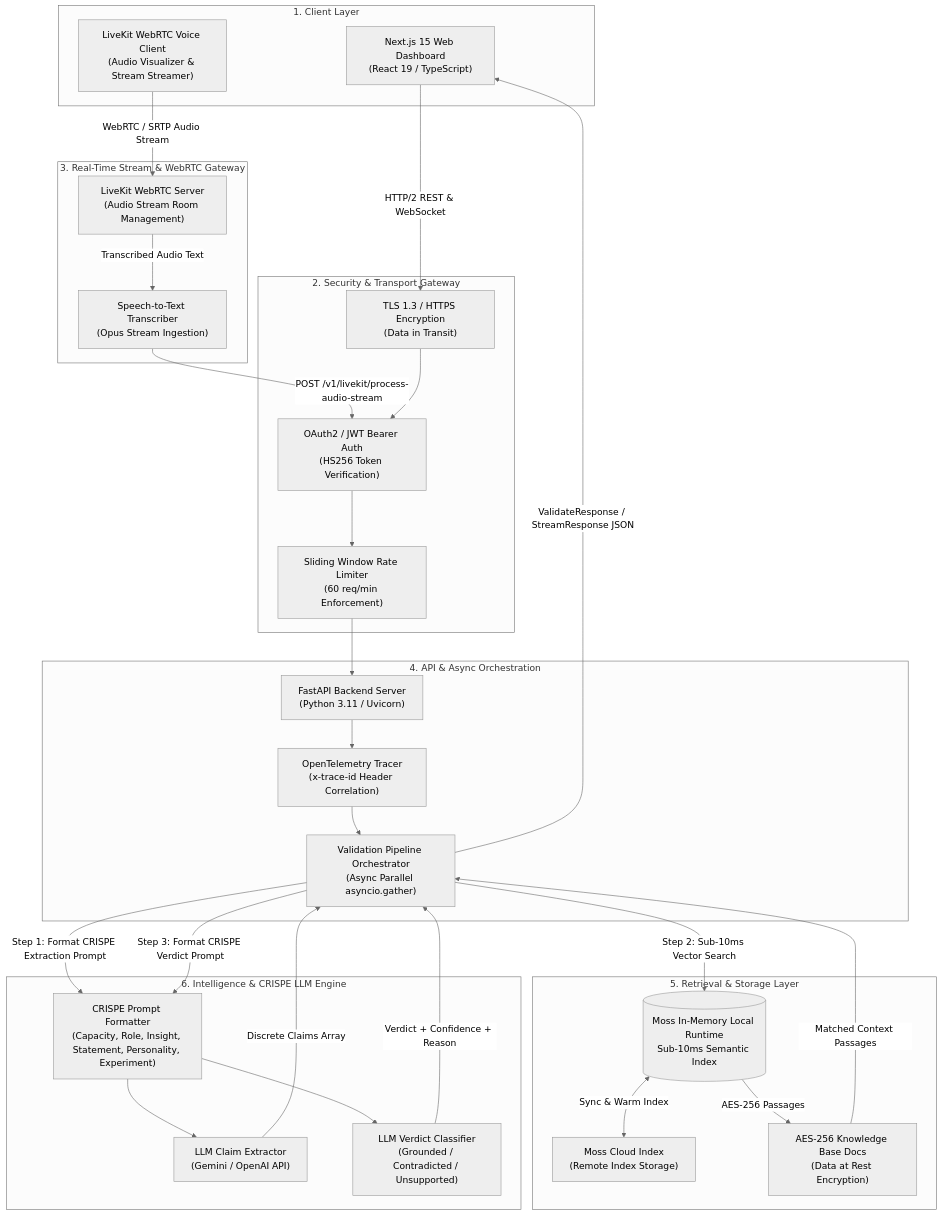
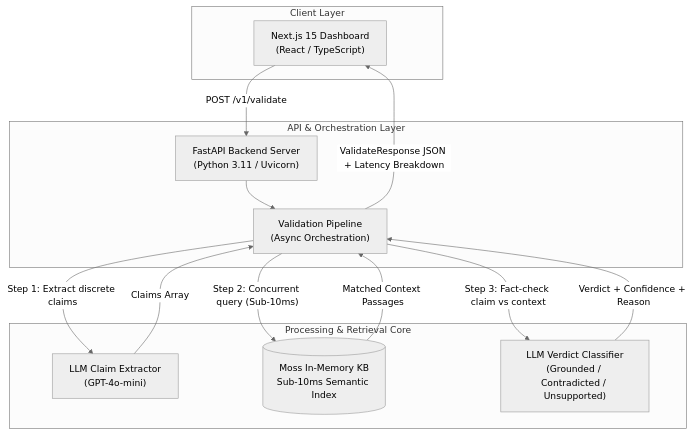
Before and after one commit to kmu2994/mossGuard: the diagram in README.md, drawn with Mermaid (neutral theme). The commit also changed other lines of this file and 3 other files, not shown here.

````diff
--- a/README.md
+++ b/README.md
@@ -30,62 +30,27 @@
 ```mermaid
 flowchart TD
-    subgraph Layer1 ["1. Client Layer"]
-        UI["Next.js 15 Web Dashboard<br/>(React 19 / TypeScript)"]
-        LiveKitVoiceUI["LiveKit WebRTC Voice Client<br/>(Audio Visualizer & Stream Streamer)"]
+    subgraph Client ["Client Layer"]
+        UI["Next.js 15 Dashboard<br/>(React / TypeScript)"]
     end
 
-    subgraph Layer2 ["2. Security & Transport Gateway"]
-        AuthMiddleware["OAuth2 / JWT Bearer Auth<br/>(HS256 Token Verification)"]
-        RateLimiter["Sliding Window Rate Limiter<br/>(60 req/min Enforcement)"]
-        TLS["TLS 1.3 / HTTPS Encryption<br/>(Data in Transit)"]
+    subgraph API ["API & Orchestration Layer"]
+        FastAPI["FastAPI Backend Server<br/>(Python 3.11 / Uvicorn)"]
+        Pipeline["Validation Pipeline<br/>(Async Orchestration)"]
     end
 
-    subgraph Layer3 ["3. Real-Time Stream & WebRTC Gateway"]
-        LiveKitServer["LiveKit WebRTC Server<br/>(Audio Stream Room Management)"]
-        VoiceSTT["Speech-to-Text Transcriber<br/>(Opus Stream Ingestion)"]
-    end
-
-    subgraph Layer4 ["4. API & Async Orchestration"]
-        FastAPI["FastAPI Backend Server<br/>(Python 3.11 / Uvicorn)"]
-        Pipeline["Validation Pipeline Orchestrator<br/>(Async Parallel asyncio.gather)"]
-        OTel["OpenTelemetry Tracer<br/>(x-trace-id Header Correlation)"]
-    end
-
-    subgraph Layer5 ["5. Retrieval & Storage Layer"]
-        MossCloud["Moss Cloud Index<br/>(Remote Index Storage)"]
-        MossRuntime[("Moss In-Memory Local Runtime<br/>Sub-10ms Semantic Index")]
-        KB_Docs["AES-256 Knowledge Base Docs<br/>(Data at Rest Encryption)"]
-    end
-
-    subgraph Layer6 ["6. Intelligence & CRISPE LLM Engine"]
-        CRISPE_Formatter["CRISPE Prompt Formatter<br/>(Capacity, Role, Insight, Statement, Personality, Experiment)"]
-        LLM_Extract["LLM Claim Extractor<br/>(Gemini / OpenAI API)"]
+    subgraph Core ["Processing & Retrieval Core"]
+        LLM_Extract["LLM Claim Extractor<br/>(GPT-4o-mini)"]
+        MossIndex[("Moss In-Memory KB<br/>Sub-10ms Semantic Index")]
         LLM_Classify["LLM Verdict Classifier<br/>(Grounded / Contradicted / Unsupported)"]
     end
 
-    UI -->|"HTTP/2 REST & WebSocket"| TLS
-    LiveKitVoiceUI -->|"WebRTC / SRTP Audio Stream"| LiveKitServer
-    LiveKitServer -->|"Transcribed Audio Text"| VoiceSTT
-    VoiceSTT -->|"POST /v1/livekit/process-audio-stream"| AuthMiddleware
-
-    TLS --> AuthMiddleware
-    AuthMiddleware --> RateLimiter
-    RateLimiter --> FastAPI
-    FastAPI --> OTel
-    OTel --> Pipeline
-
-    Pipeline -->|"Step 1: Format CRISPE Extraction Prompt"| CRISPE_Formatter
-    CRISPE_Formatter --> LLM_Extract
-    LLM_Extract -->|"Discrete Claims Array"| Pipeline
-
-    Pipeline -->|"Step 2: Sub-10ms Vector Search"| MossRuntime
-    MossRuntime <-->|"Sync & Warm Index"| MossCloud
-    MossRuntime -->|"AES-256 Passages"| KB_Docs
-    KB_Docs -->|"Matched Context Passages"| Pipeline
-
-    Pipeline -->|"Step 3: Format CRISPE Verdict Prompt"| CRISPE_Formatter
-    CRISPE_Formatter --> LLM_Classify
+    UI -->|"POST /v1/validate"| FastAPI
+    FastAPI --> Pipeline
+    Pipeline -->|"Step 1: Extract discrete claims"| LLM_Extract
+    LLM_Extract -->|"Claims Array"| Pipeline
+    Pipeline -->|"Step 2: Concurrent query (Sub-10ms)"| MossIndex
+    MossIndex -->|"Matched Context Passages"| Pipeline
+    Pipeline -->|"Step 3: Fact-check claim vs context"| LLM_Classify
     LLM_Classify -->|"Verdict + Confidence + Reason"| Pipeline
-
-    Pipeline -->|"ValidateResponse / StreamResponse JSON"| UI
+    Pipeline -->|"ValidateResponse JSON + Latency Breakdown"| UI
 ```
````
